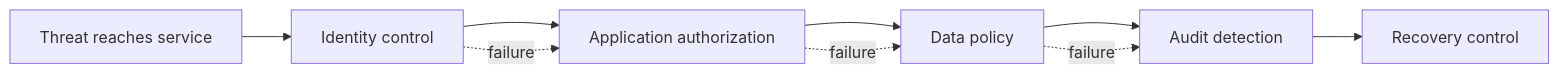
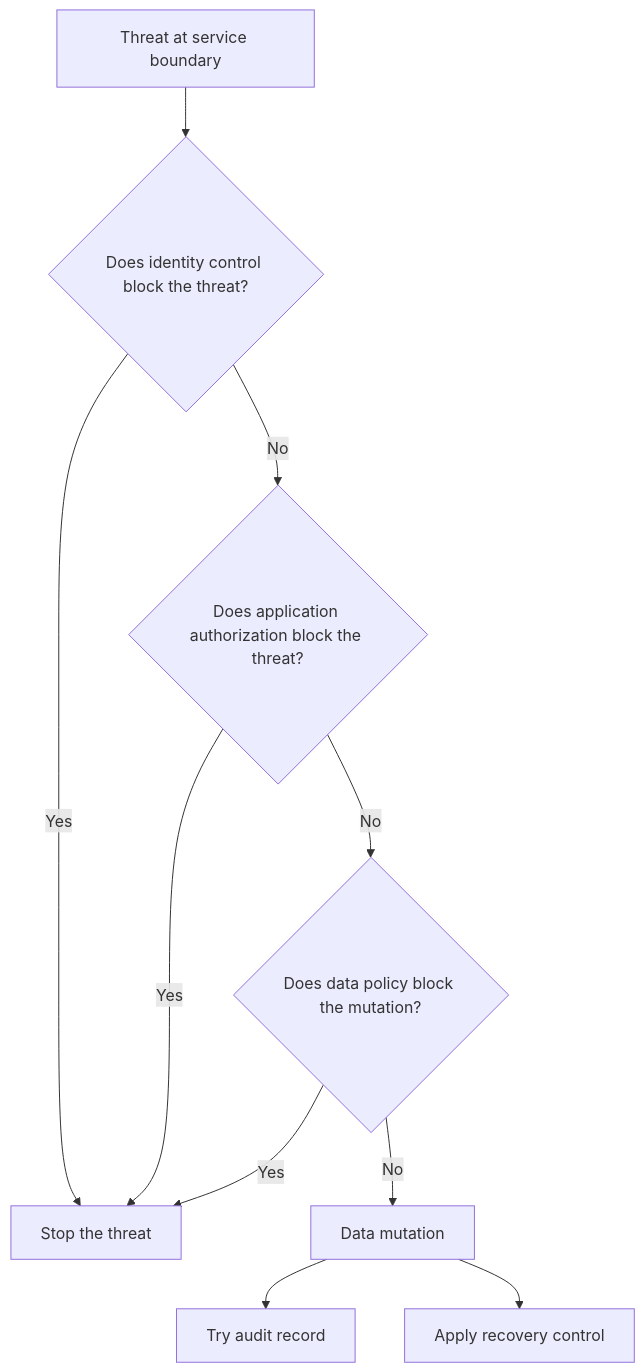
One commit to HomericIntelligence/Athena changed the diagram in docs/principles/details/p054-defense-in-depth.md. Above: the diagram before and after it, drawn with Mermaid. The commit also changed other lines of this file and 91 other files, not shown here.

````diff
--- a/docs/principles/details/p054-defense-in-depth.md
+++ b/docs/principles/details/p054-defense-in-depth.md
@@ -35,11 +38,12 @@
 ```mermaid
-flowchart LR
-    A["Threat reaches service"] --> B["Identity control"]
-    B --> C["Application authorization"]
-    C --> D["Data policy"]
-    D --> E["Audit detection"]
-    E --> F["Recovery control"]
-    B -. "failure" .-> C
-    C -. "failure" .-> D
-    D -. "failure" .-> E
+flowchart TD
+    A["Threat at service boundary"] --> B{"Does identity control block the threat?"}
+    B -- "Yes" --> H["Stop the threat"]
+    B -- "No" --> C{"Does application authorization block the threat?"}
+    C -- "Yes" --> H
+    C -- "No" --> D{"Does data policy block the mutation?"}
+    D -- "Yes" --> H
+    D -- "No" --> E["Data mutation"]
+    E --> F["Try audit record"]
+    E --> G["Apply recovery control"]
 ```
````
